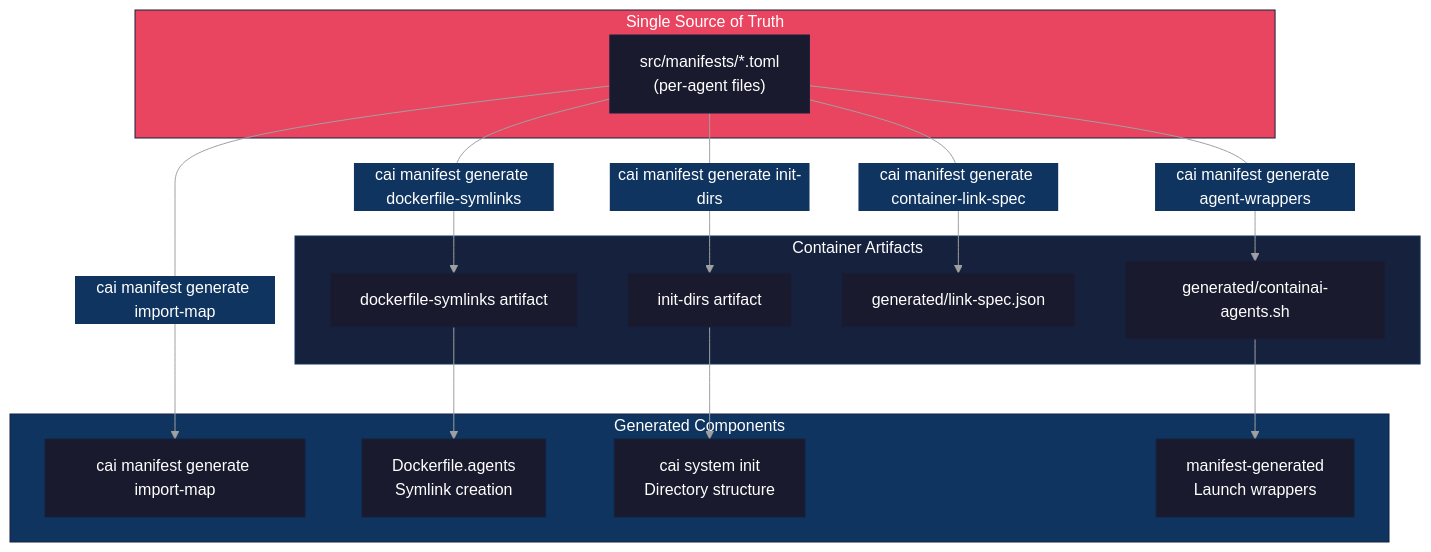
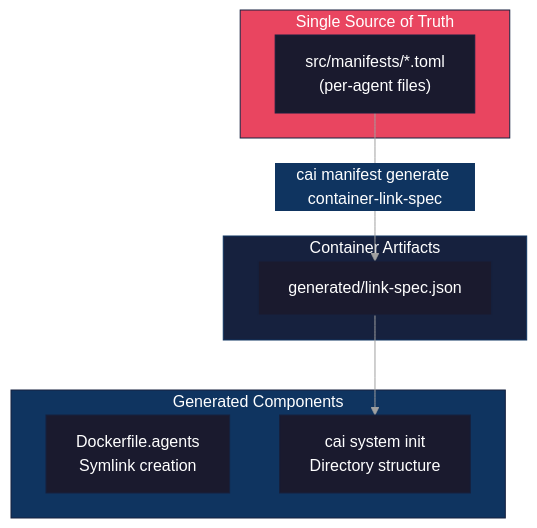
The second of 3 diagrams in docs/sync-architecture.md (novotnyllc/ContainAI), drawn with Mermaid before and after one commit. The commit also changed other lines of this file and 47 other files, not shown here.

````diff
--- a/docs/sync-architecture.md
+++ b/docs/sync-architecture.md
@@ -50,44 +50,32 @@
 ```mermaid
 %%{init: {'theme': 'base', 'themeVariables': {
   'primaryColor': '#1a1a2e',
   'primaryTextColor': '#ffffff',
   'primaryBorderColor': '#16213e',
   'secondaryColor': '#0f3460',
   'tertiaryColor': '#1a1a2e',
   'lineColor': '#a0a0a0',
   'textColor': '#ffffff',
   'background': '#0d1117'
 }}}%%
 flowchart TB
     subgraph Source["Single Source of Truth"]
         Manifests["src/manifests/*.toml<br/>(per-agent files)"]
     end
 
     subgraph Components["Generated Components"]
-        Import["cai manifest generate import-map"]
         Dockerfile["Dockerfile.agents<br/>Symlink creation"]
         Init["cai system init<br/>Directory structure"]
-        Wrappers["manifest-generated<br/>Launch wrappers"]
     end
 
     subgraph Artifacts["Container Artifacts"]
-        SymlinksScript["dockerfile-symlinks artifact"]
-        InitDirs["init-dirs artifact"]
         LinkSpec["generated/link-spec.json"]
-        AgentWrappers["generated/containai-agents.sh"]
     end
 
-    Manifests -->|"cai manifest generate import-map"| Import
-    Manifests -->|"cai manifest generate dockerfile-symlinks"| SymlinksScript
-    Manifests -->|"cai manifest generate init-dirs"| InitDirs
     Manifests -->|"cai manifest generate container-link-spec"| LinkSpec
-    Manifests -->|"cai manifest generate agent-wrappers"| AgentWrappers
-
-    SymlinksScript --> Dockerfile
-    InitDirs --> Init
-    AgentWrappers --> Wrappers
+    LinkSpec --> Init
 
     style Source fill:#e94560,stroke:#16213e,color:#fff
     style Components fill:#0f3460,stroke:#16213e,color:#fff
     style Artifacts fill:#16213e,stroke:#0f3460,color:#fff
 ```
````
